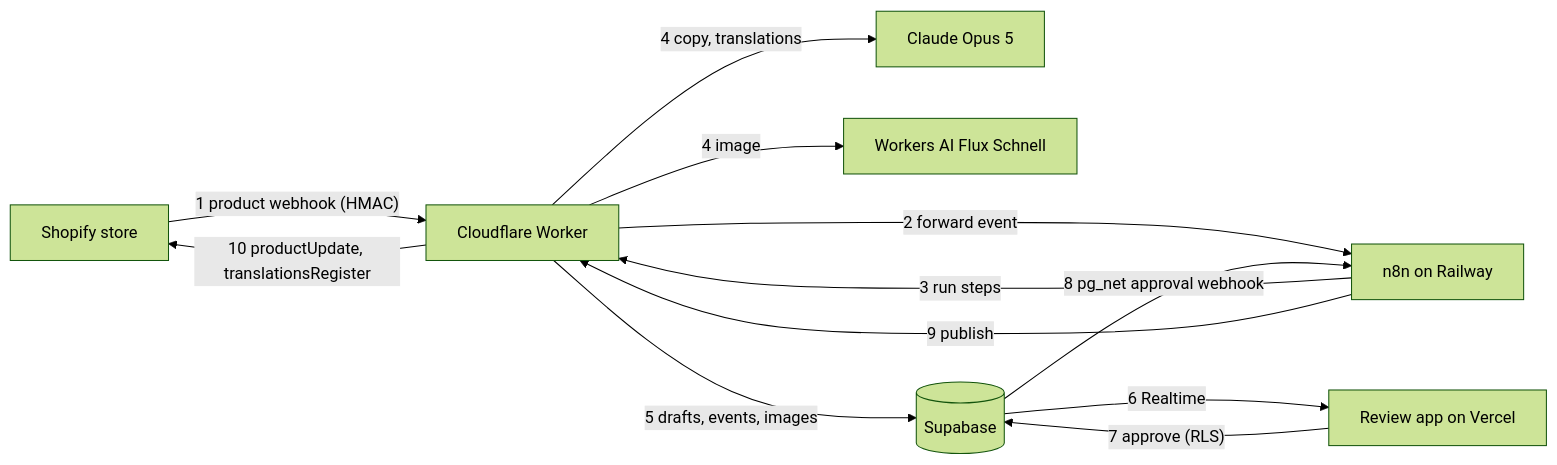
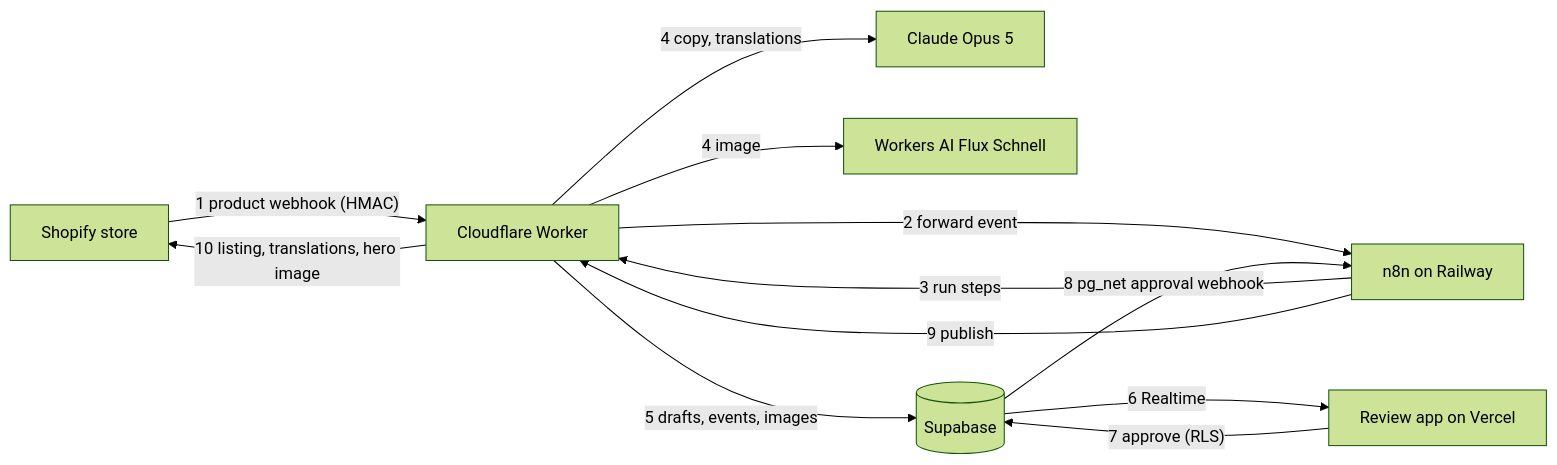
The first of 2 diagrams in docs/architecture.md (ishakdeveloper/draft), drawn with Mermaid (forest theme) before and after one commit. The commit also changed other lines of this file and 10 other files, not shown here.

Commit message:
Attach the hero image to the Shopify product on publish, with a re-sync route

````diff
--- a/docs/architecture.md
+++ b/docs/architecture.md
@@ -6,14 +6,14 @@
 ```mermaid
 flowchart LR
   shop[Shopify store] -- "1 product webhook (HMAC)" --> worker
   worker[Cloudflare Worker] -- "2 forward event" --> n8n[n8n on Railway]
   n8n -- "3 run steps" --> worker
   worker -- "4 copy, translations" --> claude[Claude Opus 5]
   worker -- "4 image" --> flux[Workers AI Flux Schnell]
   worker -- "5 drafts, events, images" --> sb[(Supabase)]
   sb -- "6 Realtime" --> web[Review app on Vercel]
   web -- "7 approve (RLS)" --> sb
   sb -- "8 pg_net approval webhook" --> n8n
   n8n -- "9 publish" --> worker
-  worker -- "10 productUpdate, translationsRegister" --> shop
+  worker -- "10 listing, translations, hero image" --> shop
 ```
````
